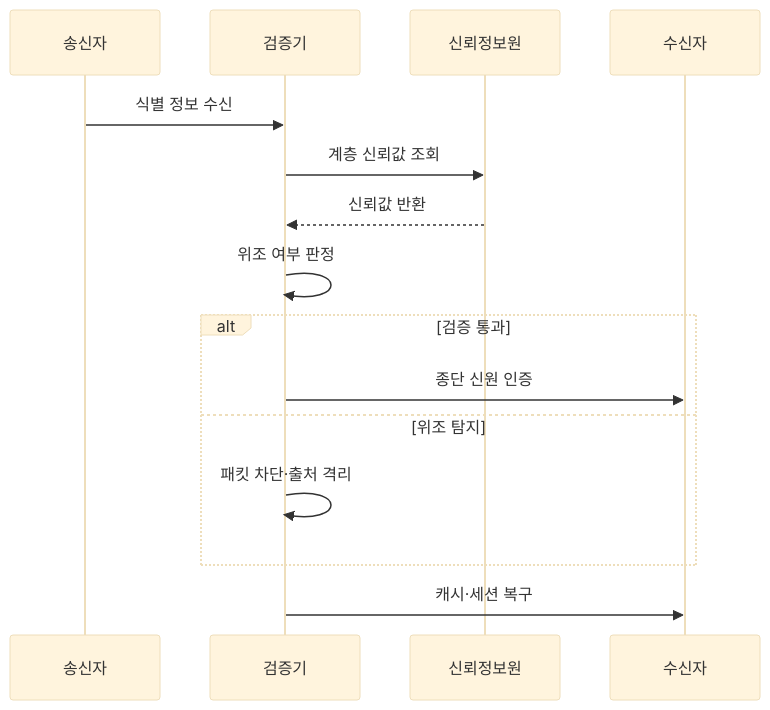
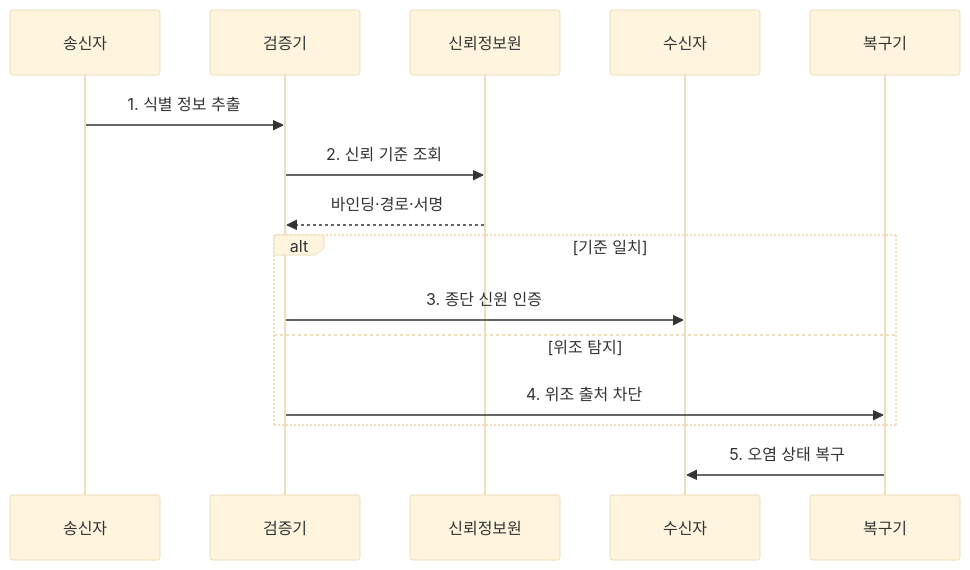
One commit to agnusdei1207/knowledge-base changed the second of 2 diagrams in src/content/docs/notes/04-network/086_network_spoofing.md. Above: the diagram before and after it, drawn with Mermaid (base theme). The commit also changed other lines of this file and 4 other files, not shown here.

````diff
--- a/src/content/docs/notes/04-network/086_network_spoofing.md
+++ b/src/content/docs/notes/04-network/086_network_spoofing.md
@@ -80,17 +76,17 @@
 ```mermaid
 sequenceDiagram
     participant 송신자
     participant 검증기
     participant 신뢰정보원
     participant 수신자
-    송신자->>검증기: 식별 정보 수신
-    검증기->>신뢰정보원: 계층 신뢰값 조회
-    신뢰정보원-->>검증기: 신뢰값 반환
-    검증기->>검증기: 위조 여부 판정
-    alt 검증 통과
-        검증기->>수신자: 종단 신원 인증
+    participant 복구기
+    송신자->>검증기: 1. 식별 정보 추출
+    검증기->>신뢰정보원: 2. 신뢰 기준 조회
+    신뢰정보원-->>검증기: 바인딩·경로·서명
+    alt 기준 일치
+        검증기->>수신자: 3. 종단 신원 인증
     else 위조 탐지
-        검증기->>검증기: 패킷 차단·출처 격리
+        검증기->>복구기: 4. 위조 출처 차단
     end
-    검증기->>수신자: 캐시·세션 복구
+    복구기->>수신자: 5. 오염 상태 복구
 ```
````
